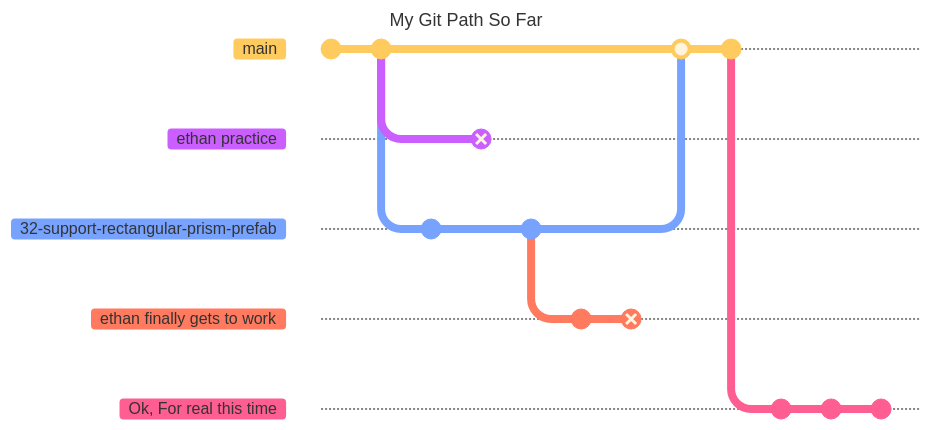
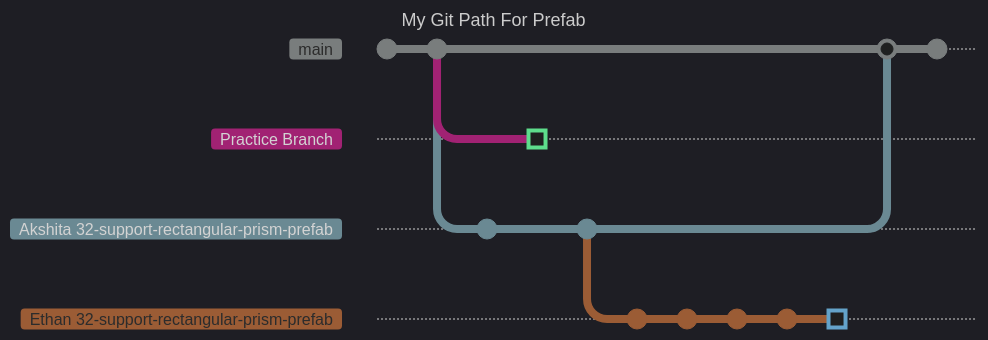
Before and after one commit to CheesiPapi/M_Arch: the tenth of 17 diagrams in Logs/esmlog.md, drawn with Mermaid. The commit also changed other lines of this file, not shown here. Commit ids are hidden.

````diff
--- a/Logs/esmlog.md
+++ b/Logs/esmlog.md
@@ -651,45 +651,37 @@
 ```mermaid
 ---
-title: My Git Path So Far
+title: My Git Path For Prefab
 config:
-  logLevel: 'debug'
-  theme: 'base'
-  gitGraph:
-    showBranches: True
+  theme: 'dark'
 ---
 
     gitGraph
       commit id: "7d0acf..."
       commit id: "f0a70e..."
 
-      branch "ethan practice"
+      branch "Practice Branch"
       
 
       checkout main
       
-      branch "32-support-rectangular-prism-prefab"
+      branch "Akshita 32-support-rectangular-prism-prefab"
 
-      commit id: "Akshita's Branch"
+      commit id: "Akshita's Branch" 
 
-      checkout "ethan practice"
-      commit type: REVERSE id: "finished with practice"
+      checkout "Practice Branch"
+      commit id: "finished with practice" type: HIGHLIGHT
 
-      checkout "32-support-rectangular-prism-prefab"
+      checkout "Akshita 32-support-rectangular-prism-prefab"
       commit id: "d370bc... merge request"
 
-      branch "ethan finally gets to work"
-      commit id: "nothing yet"
-
-      commit type: REVERSE id: "yet another babe lost to the wind"
+      branch "Ethan 32-support-rectangular-prism-prefab"
+      commit id: "cc25452b478b0dd1ab8e87b90ff6c56dfc0a4747"
+      commit id: "cd84b487062f09e3e93acb5c5ebb8f2192e87003"
+      commit id: "88be8497a601904c77badec43aa95304a515e67b"
+      commit id: "7eedb20f5dfbddfd1bbb401dcf62dcceec465912"
+      commit id: "yet another babe lost to the wind" type: HIGHLIGHT
 
       checkout main
-      merge  "32-support-rectangular-prism-prefab"
-      commit id: "has not been merged yet"
-
-      checkout main
-      branch "Ok, For real this time"
-      commit id: "<making tests"
-      commit id: "more tests"
-      commit id: "just making some tests"
-      
+      merge  "Akshita 32-support-rectangular-prism-prefab"
+      commit 
 ```
````
